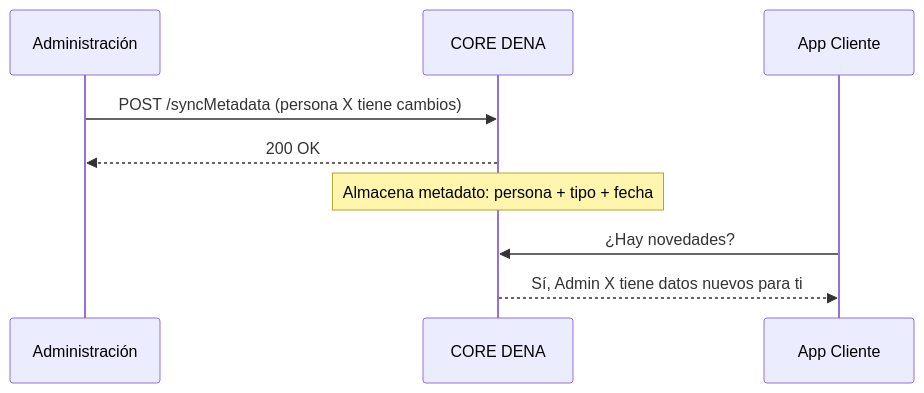
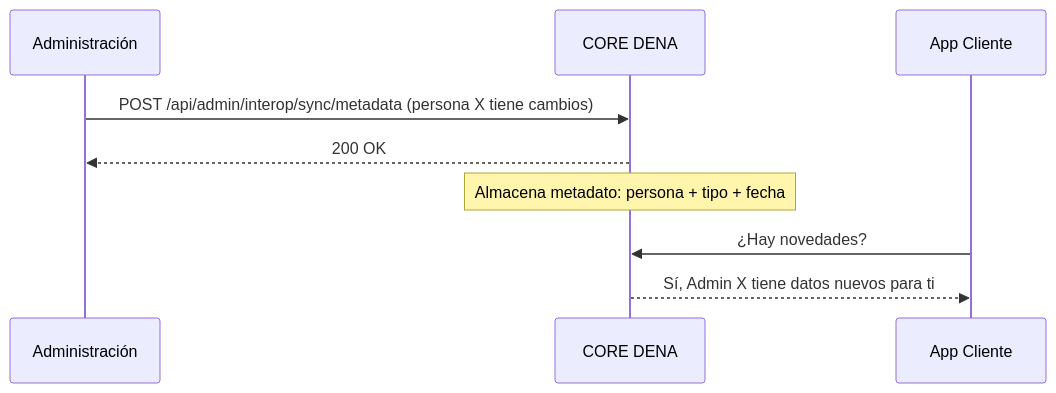
The diagram in docs/semantica/metadata-sync/index.md (DENA-Euskadi/dena-euskadi.github.io), drawn with Mermaid before and after one commit. The commit also changed 52 other files, not shown here.

````diff
--- a/docs/semantica/metadata-sync/index.md
+++ b/docs/semantica/metadata-sync/index.md
@@ -11,14 +11,14 @@
 ``` mermaid
 sequenceDiagram
     participant Admin as Administración
     participant DENA as CORE DENA
     participant App as App Cliente
 
-    Admin->>DENA: POST /syncMetadata (persona X tiene cambios)
+    Admin->>DENA: POST /api/admin/interop/sync/metadata (persona X tiene cambios)
     DENA-->>Admin: 200 OK
 
     Note over DENA: Almacena metadato: persona + tipo + fecha
 
     App->>DENA: ¿Hay novedades?
     DENA-->>App: Sí, Admin X tiene datos nuevos para ti
 ```
````
